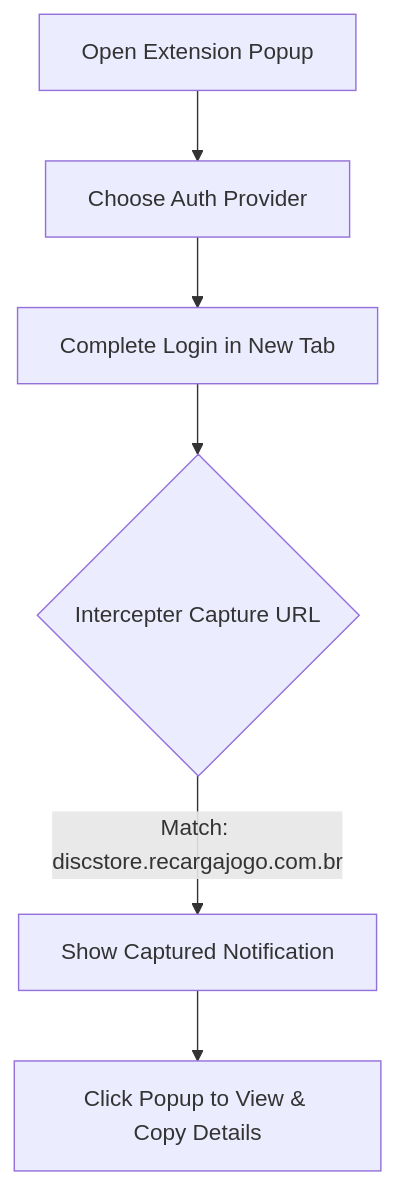
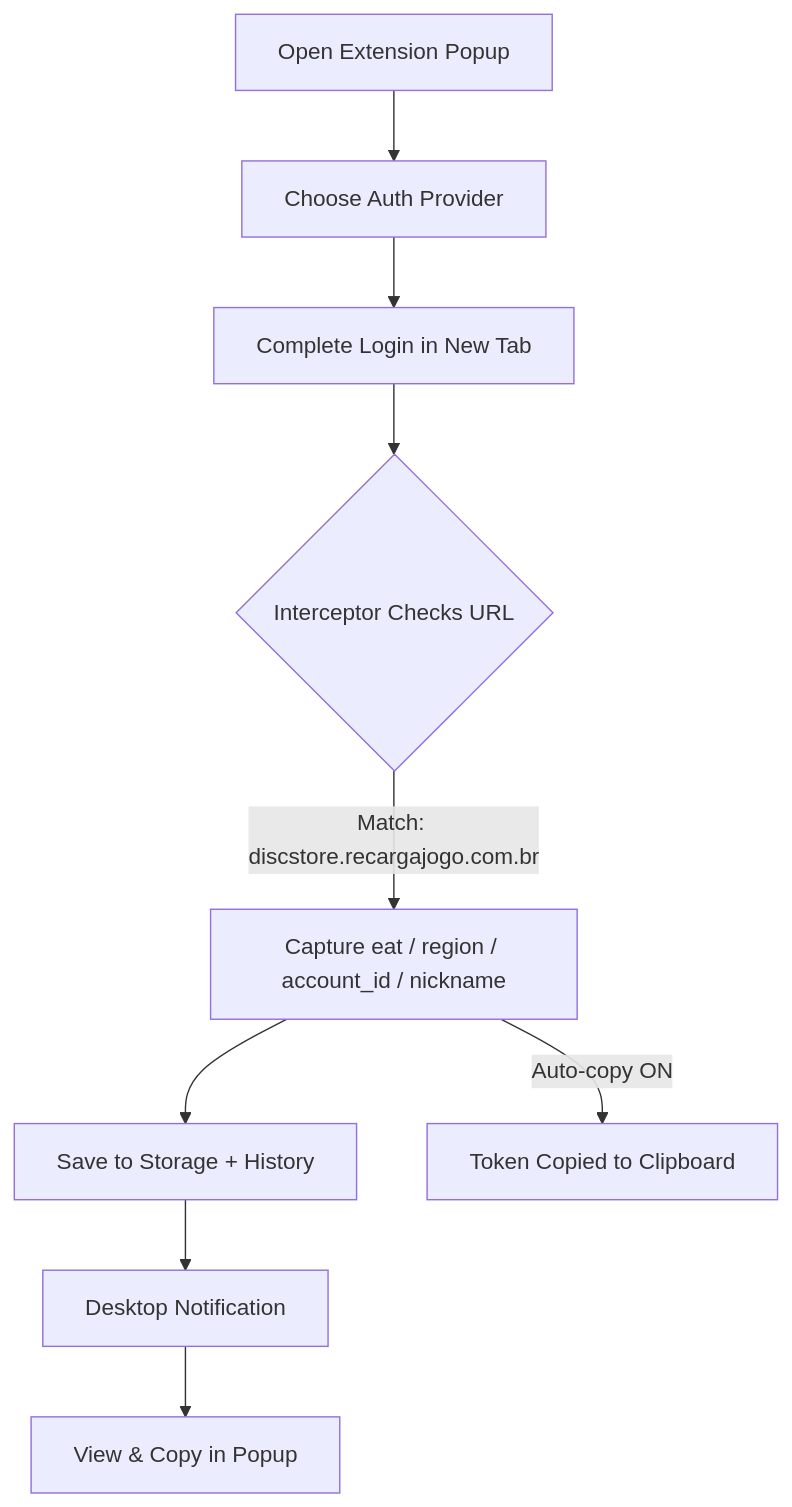
One commit to TSun-FreeFire/TSun-Eat-Token-Catcher changed the diagram in README.md. Above: the diagram before and after it, drawn with Mermaid. The commit also changed other lines of this file, not shown here.

````diff
--- a/README.md
+++ b/README.md
@@ -67,8 +104,11 @@
 ```mermaid
 graph TD
     A[Open Extension Popup] --> B[Choose Auth Provider]
     B --> C[Complete Login in New Tab]
-    C --> D{Intercepter Capture URL}
-    D -->|Match: discstore.recargajogo.com.br| E[Show Captured Notification]
-    E --> F[Click Popup to View & Copy Details]
+    C --> D{Interceptor Checks URL}
+    D -->|Match: discstore.recargajogo.com.br| E[Capture eat / region / account_id / nickname]
+    E --> F[Save to Storage + History]
+    F --> G[Desktop Notification]
+    G --> H[View & Copy in Popup]
+    E -->|Auto-copy ON| I[Token Copied to Clipboard]
 ```
````
